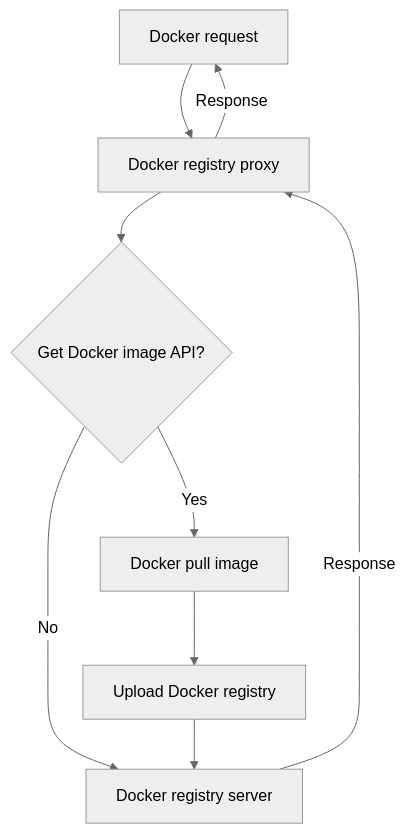
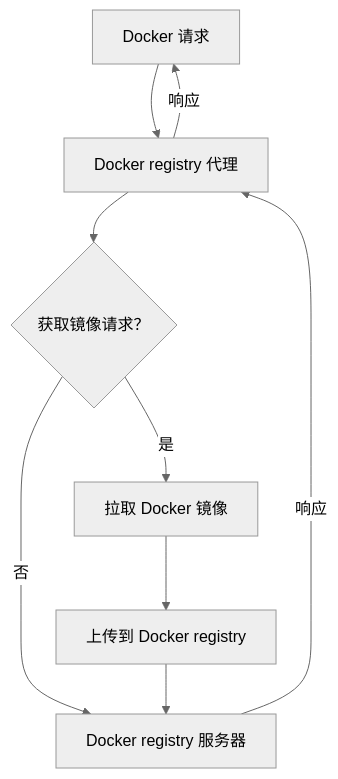
One commit to shencangsheng/easy-registry-mirror changed the diagram in README.md. Above: the diagram before and after it, drawn with Mermaid (neutral theme). The commit also changed other lines of this file and 9 other files, not shown here.

````diff
--- a/README.md
+++ b/README.md
@@ -58,11 +80,11 @@
 ```mermaid
 graph TD;
-    A[Docker request] --> B[Docker registry proxy];
-    B --> C{Get Docker image API?};
-    C -- Yes --> D[Docker pull image];
-    C -- No --> E[Docker registry server];
-    D --> F[Upload Docker registry];
-    F --> E
-    E -- Response --> B
-    B -- Response --> A
+    A[Docker 请求] --> B[Docker registry 代理];
+    B --> C{获取镜像请求？};
+    C -- 是 --> D[拉取 Docker 镜像];
+    C -- 否 --> E[Docker registry 服务器];
+    D --> F[上传到 Docker registry];
+    F --> E;
+    E -- 响应 --> B;
+    B -- 响应 --> A;
 ```
````
